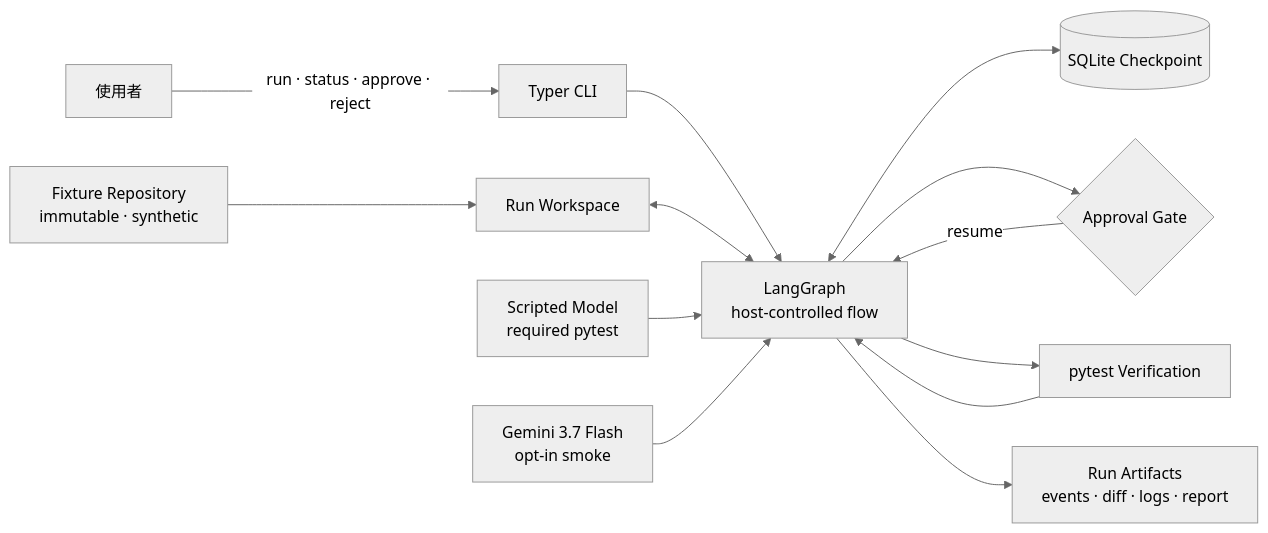
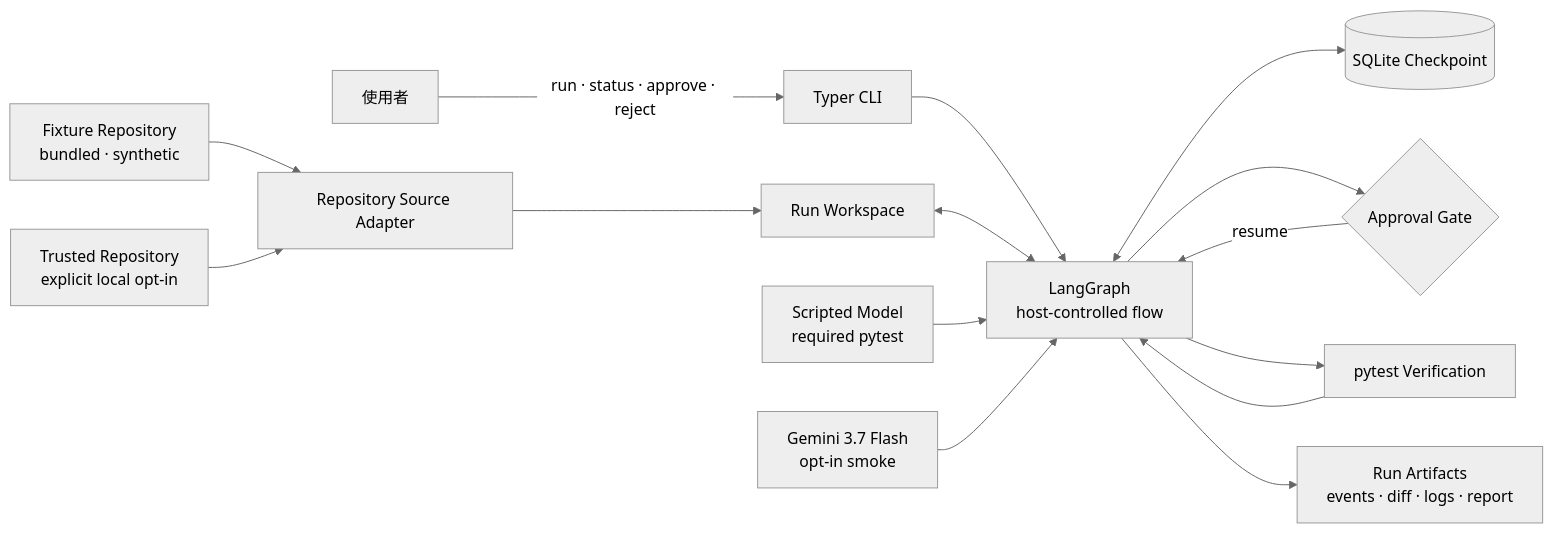
Before and after one commit to jerryxcy/patch-code-agent: the diagram in README.md, drawn with Mermaid (neutral theme). The commit also changed other lines of this file and 21 other files, not shown here.

````diff
--- a/README.md
+++ b/README.md
@@ -20,17 +22,19 @@
 ```mermaid
 flowchart LR
     human["使用者"] -->|run · status · approve · reject| cli["Typer CLI"]
-    fixture["Fixture Repository<br/>immutable · synthetic"] --> workspace["Run Workspace"]
+    fixture["Fixture Repository<br/>bundled · synthetic"] --> source["Repository Source Adapter"]
+    trusted["Trusted Repository<br/>explicit local opt-in"] --> source
+    source --> workspace["Run Workspace"]
     cli --> workflow["LangGraph<br/>host-controlled flow"]
     workspace <--> workflow
 
     scripted["Scripted Model<br/>required pytest"] --> workflow
     gemini["Gemini 3.7 Flash<br/>opt-in smoke"] --> workflow
 
     workflow <--> checkpoint[("SQLite Checkpoint")]
     workflow --> approval{"Approval Gate"}
     approval -->|resume| workflow
     workflow --> verification["pytest Verification"]
     verification --> workflow
     workflow --> artifacts["Run Artifacts<br/>events · diff · logs · report"]
 ```
````
